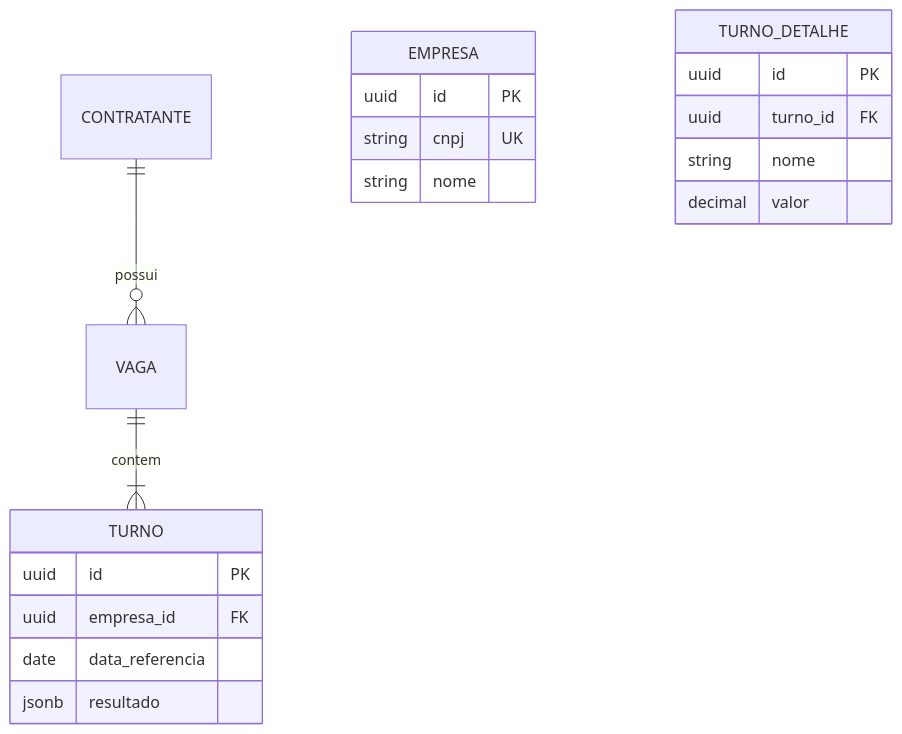
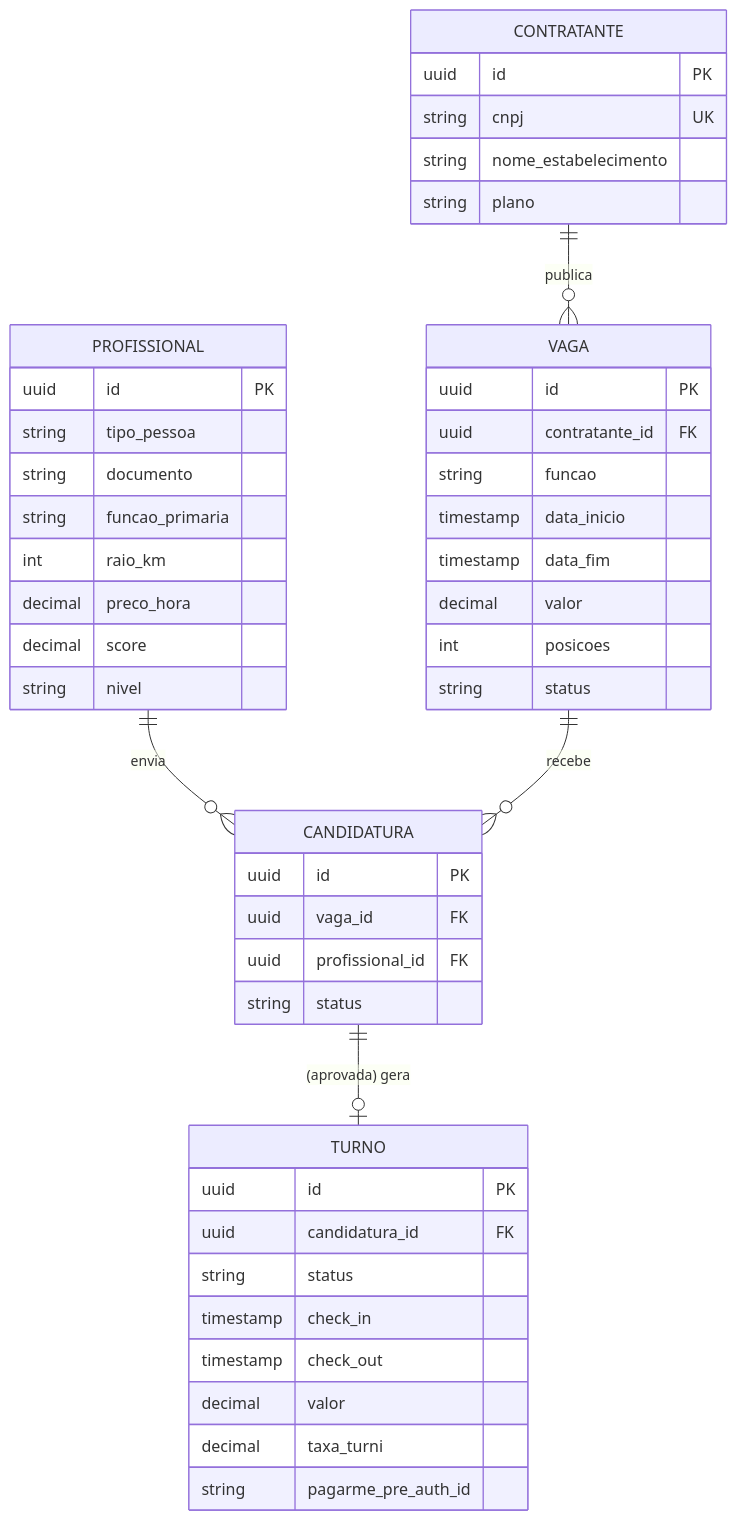
One commit to alcatechgroup/mvpturni-mvp changed the fourth of 4 diagrams in docs/skills/arquiteto/references/diagrams.md. Above: the diagram before and after it, drawn with Mermaid. The commit also changed other lines of this file and 27 other files, not shown here.

````diff
--- a/docs/skills/arquiteto/references/diagrams.md
+++ b/docs/skills/arquiteto/references/diagrams.md
@@ -110,22 +112,49 @@
 ```mermaid
 erDiagram
-    CONTRATANTE ||--o{ VAGA : possui
-    EMPRESA {
+    CONTRATANTE ||--o{ VAGA : publica
+    CONTRATANTE {
         uuid id PK
         string cnpj UK
-        string nome
+        string nome_estabelecimento
+        string plano
     }
+    VAGA {
+        uuid id PK
+        uuid contratante_id FK
+        string funcao
+        timestamp data_inicio
+        timestamp data_fim
+        decimal valor
+        int posicoes
+        string status
+    }
+    PROFISSIONAL ||--o{ CANDIDATURA : envia
+    PROFISSIONAL {
+        uuid id PK
+        string tipo_pessoa
+        string documento
+        string funcao_primaria
+        int raio_km
+        decimal preco_hora
+        decimal score
+        string nivel
+    }
+    VAGA ||--o{ CANDIDATURA : recebe
+    CANDIDATURA {
+        uuid id PK
+        uuid vaga_id FK
+        uuid profissional_id FK
+        string status
+    }
+    CANDIDATURA ||--o| TURNO : "(aprovada) gera"
     TURNO {
         uuid id PK
-        uuid empresa_id FK
-        date data_referencia
-        jsonb resultado
-    }
-    VAGA ||--|{ TURNO : contem
-    TURNO_DETALHE {
-        uuid id PK
-        uuid turno_id FK
-        string nome
+        uuid candidatura_id FK
+        string status
+        timestamp check_in
+        timestamp check_out
         decimal valor
+        decimal taxa_turni
+        string pagarme_pre_auth_id
     }
 ```
````
